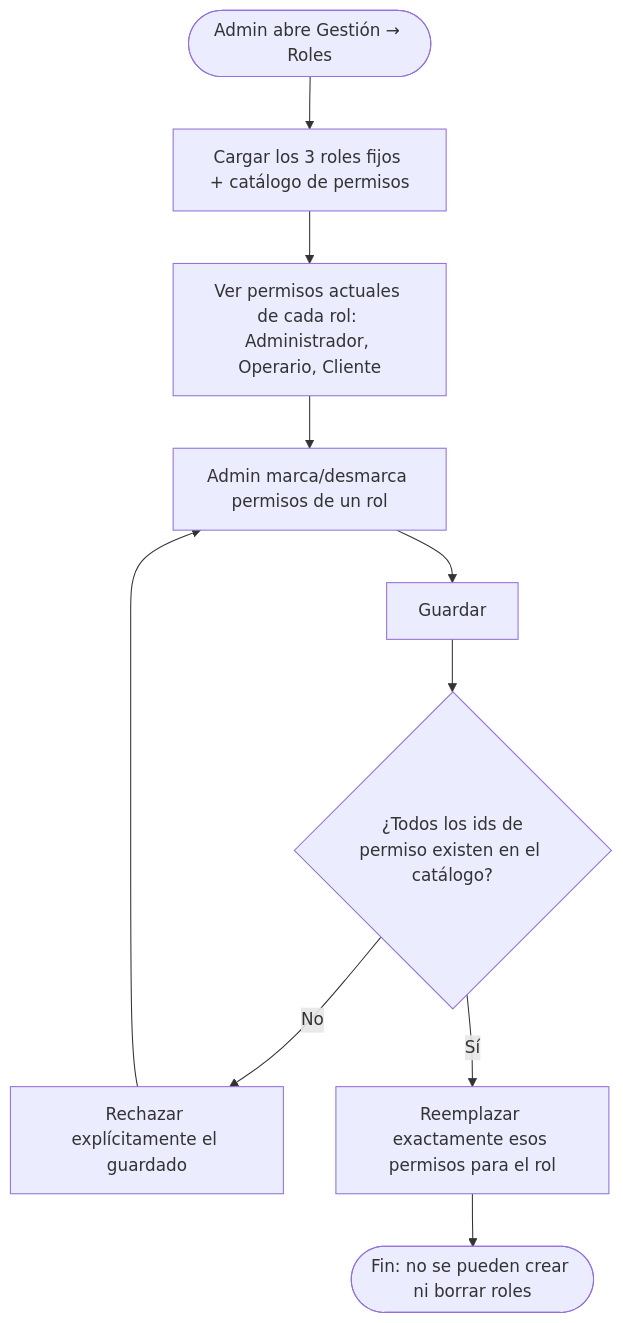
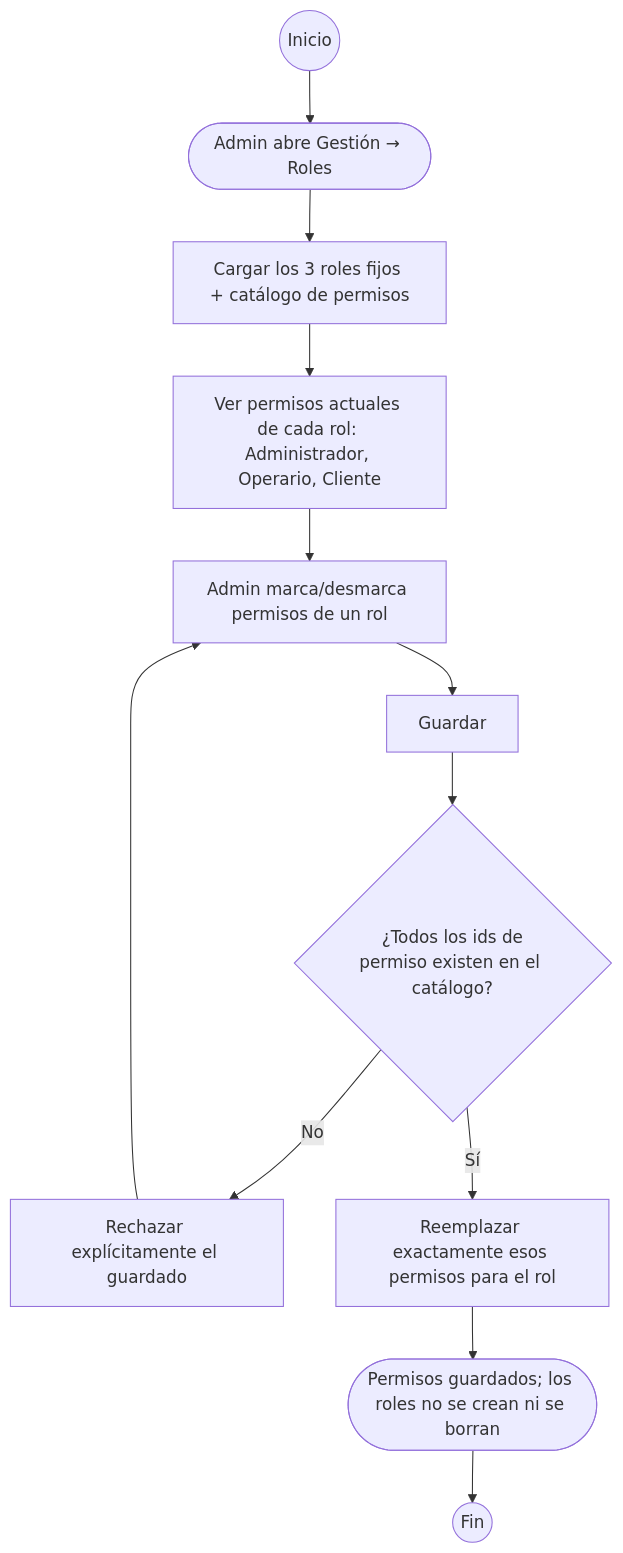
Diagram 20 of 26 in 02_DOCUMENTACION_DE_ANALISIS_DEL_SOFTWARE/ES/MD/documentacion-de-analisis-del-software.md (BrayanCABRERA123/lavarapido-docs), drawn with Mermaid before and after one commit. The commit also changed other lines of this file and 5 other files, not shown here.

Commit message:
docs(analysis): clean the activity, sequence and state diagrams after a second visual review

````diff
--- a/02_DOCUMENTACION_DE_ANALISIS_DEL_SOFTWARE/ES/MD/documentacion-de-analisis-del-software.md
+++ b/02_DOCUMENTACION_DE_ANALISIS_DEL_SOFTWARE/ES/MD/documentacion-de-analisis-del-software.md
@@ -800,12 +803,14 @@
 ```mermaid
 flowchart TD
+    start0((Inicio)) --> start
     start([Admin abre Gestión → Roles]) --> load[Cargar los 3 roles fijos + catálogo de permisos]
     load --> view[Ver permisos actuales de cada rol: Administrador, Operario, Cliente]
     view --> edit[Admin marca/desmarca permisos de un rol]
     edit --> save[Guardar]
     save --> valid{¿Todos los ids de<br/>permiso existen en el catálogo?}
     valid -->|No| reject[Rechazar explícitamente el guardado]
     reject --> edit
     valid -->|Sí| replace[Reemplazar exactamente esos permisos para el rol]
-    replace --> stop([Fin: no se pueden crear ni borrar roles])
+    replace --> stop([Permisos guardados; los roles no se crean ni se borran])
+    stop --> stopx((Fin))
 ```
````
